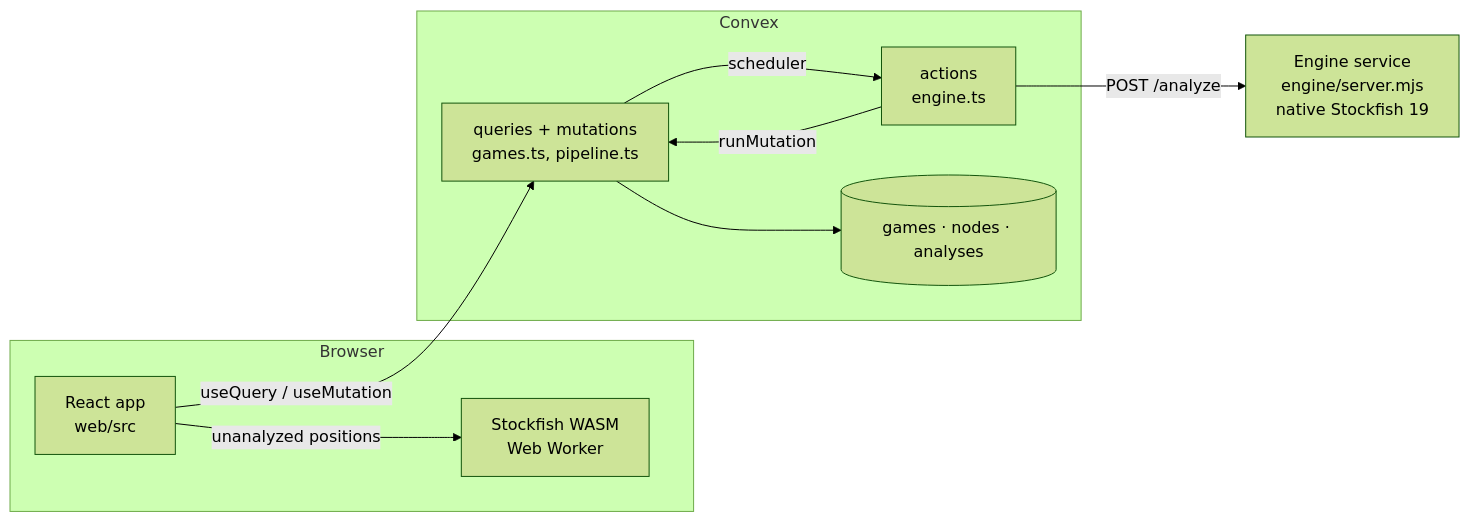
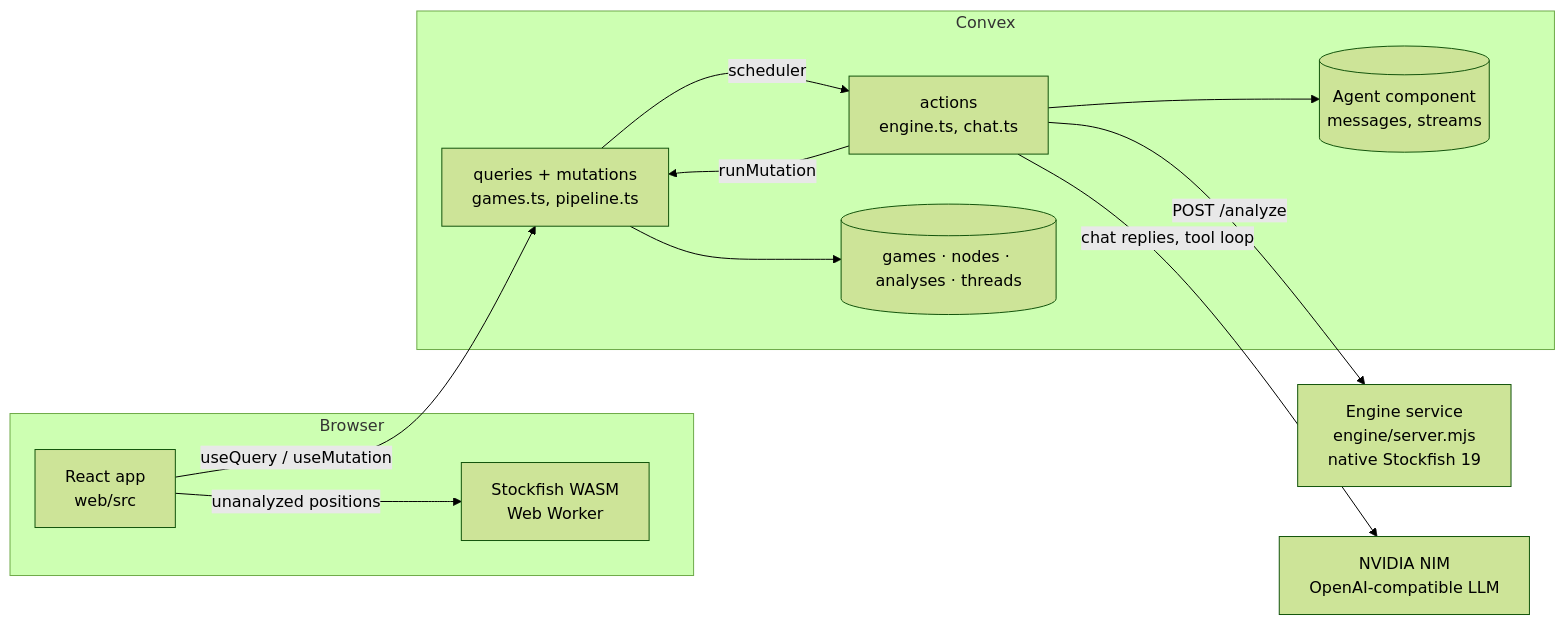
The diagram in docs/architecture.md (anand-dev-parekh/Variant), drawn with Mermaid (forest theme) before and after one commit. The commit also changed other lines of this file and 27 other files, not shown here.

````diff
--- a/docs/architecture.md
+++ b/docs/architecture.md
@@ -15,20 +15,24 @@
 ```mermaid
 flowchart LR
   subgraph Browser
     UI[React app<br/>web/src]
     WASM[Stockfish WASM<br/>Web Worker]
   end
   subgraph Convex
     Q[queries + mutations<br/>games.ts, pipeline.ts]
-    A[actions<br/>engine.ts]
-    DB[(games · nodes · analyses)]
+    A[actions<br/>engine.ts, chat.ts]
+    DB[(games · nodes · analyses · threads)]
+    AG[(Agent component<br/>messages, streams)]
   end
   ES[Engine service<br/>engine/server.mjs<br/>native Stockfish 19]
+  LLM[NVIDIA NIM<br/>OpenAI-compatible LLM]
 
   UI -- useQuery / useMutation --> Q
   Q --> DB
   Q -- scheduler --> A
   A -- POST /analyze --> ES
   A -- runMutation --> Q
+  A -- chat replies, tool loop --> LLM
+  A --> AG
   UI -- unanalyzed positions --> WASM
 ```
````
